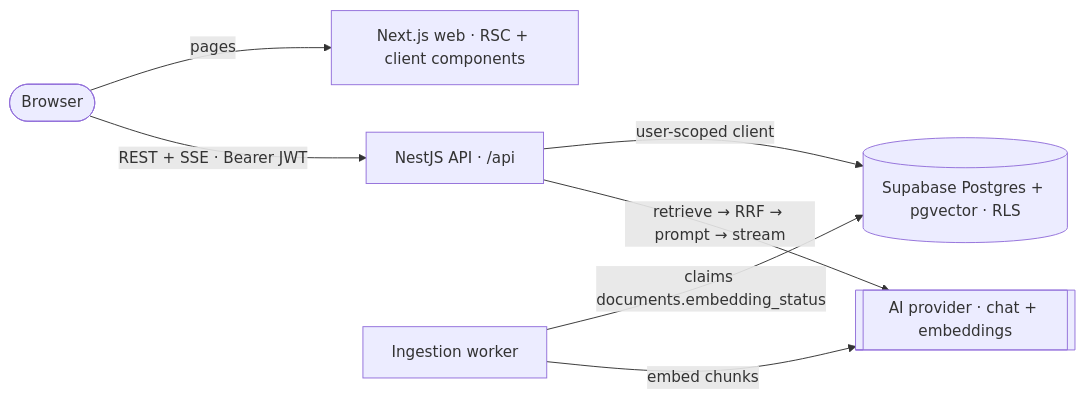
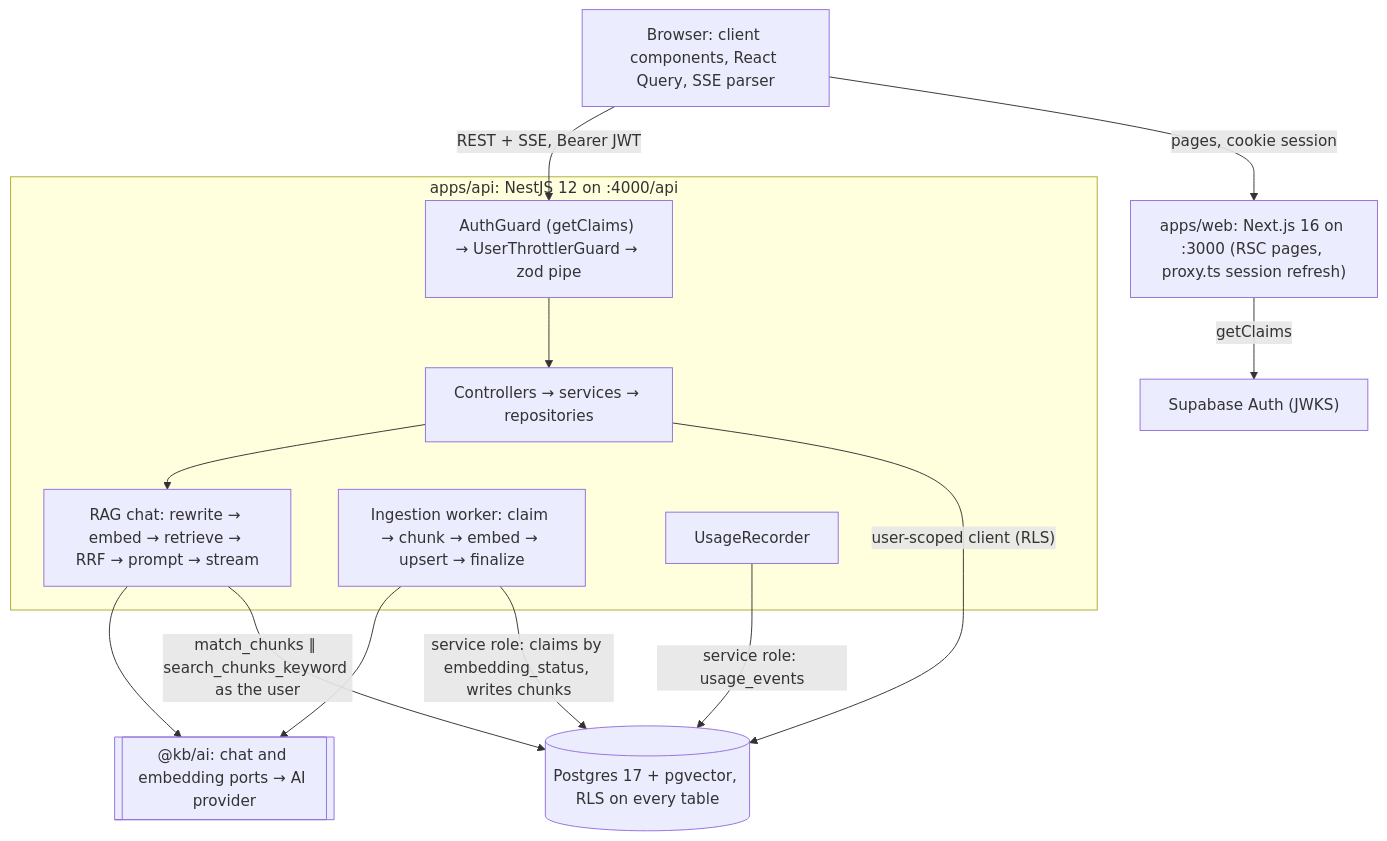
Before and after one commit to nikolamilicdev-0/technical-task: the diagram in README.md, drawn with Mermaid. The commit also changed other lines of this file and 6 other files, not shown here.

First line of the commit message:
docs(docs): readme, api and architecture references, loom outlines

````diff
--- a/README.md
+++ b/README.md
@@ -54,16 +96,27 @@
 ```mermaid
-flowchart LR
-  browser([Browser])
-  web[Next.js web · RSC + client components]
-  api[NestJS API · /api]
-  worker[Ingestion worker]
-  db[(Supabase Postgres + pgvector · RLS)]
-  ai[[AI provider · chat + embeddings]]
+flowchart TB
+  browser["Browser: client components, React Query, SSE parser"]
+  web["apps/web: Next.js 16 on :3000 (RSC pages, proxy.ts session refresh)"]
+  auth["Supabase Auth (JWKS)"]
+  subgraph api["apps/api: NestJS 12 on :4000/api"]
+    guards["AuthGuard (getClaims) → UserThrottlerGuard → zod pipe"]
+    rest["Controllers → services → repositories"]
+    rag["RAG chat: rewrite → embed → retrieve → RRF → prompt → stream"]
+    worker["Ingestion worker: claim → chunk → embed → upsert → finalize"]
+    meter["UsageRecorder"]
+  end
+  db[("Postgres 17 + pgvector, RLS on every table")]
+  ai[["@kb/ai: chat and embedding ports → AI provider"]]
 
-  browser -->|pages| web
-  browser -->|REST + SSE · Bearer JWT| api
-  api -->|user-scoped client| db
-  worker -->|claims documents.embedding_status| db
-  worker -->|embed chunks| ai
-  api -->|retrieve → RRF → prompt → stream| ai
+  browser -->|"pages, cookie session"| web
+  web -->|getClaims| auth
+  browser -->|"REST + SSE, Bearer JWT"| guards
+  guards --> rest
+  rest -->|"user-scoped client (RLS)"| db
+  rest --> rag
+  rag -->|"match_chunks ∥ search_chunks_keyword as the user"| db
+  rag --> ai
+  worker -->|"service role: claims by embedding_status, writes chunks"| db
+  worker --> ai
+  meter -->|"service role: usage_events"| db
 ```
````
